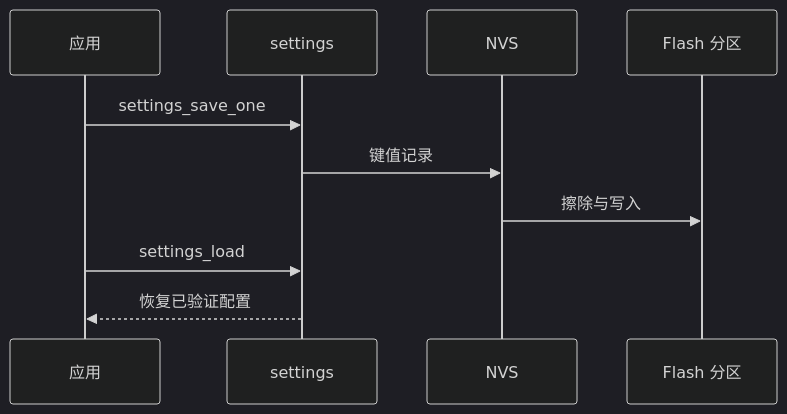
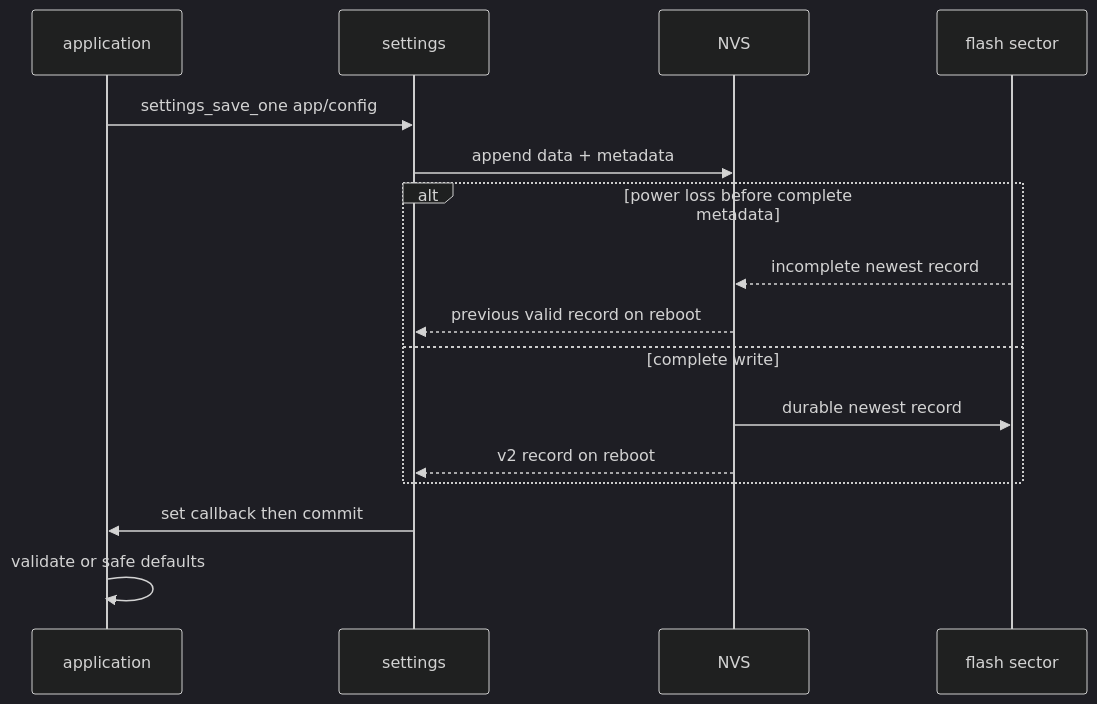
The second of 2 diagrams in docs/articles/zephyr/zephyr-19-settings-nvs-flash-partition.md (cdragon-ljl/EEandEdgeAI), drawn with Mermaid (dark theme) before and after one commit. The commit also changed other lines of this file and 35 other files, not shown here.

````diff
--- a/docs/articles/zephyr/zephyr-19-settings-nvs-flash-partition.md
+++ b/docs/articles/zephyr/zephyr-19-settings-nvs-flash-partition.md
@@ -80,12 +485,18 @@
 ```mermaid
 sequenceDiagram
-    participant A as 应用
+    participant A as application
     participant S as settings
     participant N as NVS
-    participant F as Flash 分区
-    A->>S: settings_save_one
-    S->>N: 键值记录
-    N->>F: 擦除与写入
-    A->>S: settings_load
-    S-->>A: 恢复已验证配置
+    participant F as flash sector
+    A->>S: settings_save_one app/config
+    S->>N: append data + metadata
+    alt power loss before complete metadata
+        F-->>N: incomplete newest record
+        N-->>S: previous valid record on reboot
+    else complete write
+        N->>F: durable newest record
+        N-->>S: v2 record on reboot
+    end
+    S->>A: set callback then commit
+    A->>A: validate or safe defaults
 ```
````
